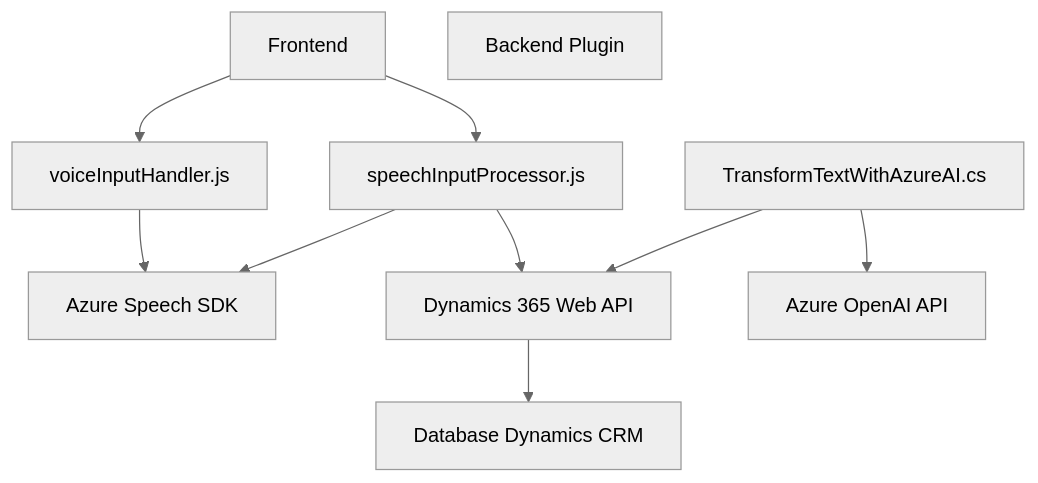
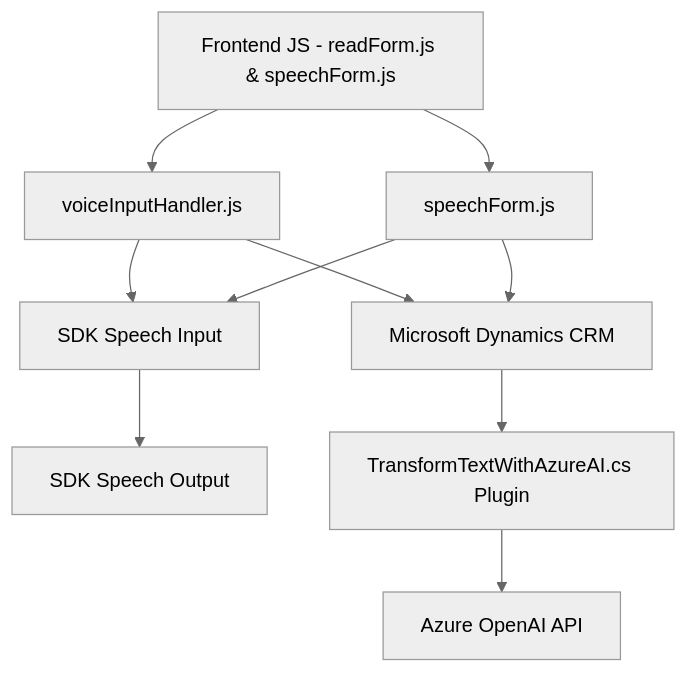
One commit to blopezdm/NETCORE_BILBAO2025 changed the diagram in README.md. Above: the diagram before and after it, drawn with Mermaid (neutral theme). The commit also changed other lines of this file, not shown here.

````diff
--- a/README.md
+++ b/README.md
@@ -51,21 +46,18 @@
 ```mermaid
 graph TD
-    A["Frontend"]
+    A["Frontend JS - readForm.js & speechForm.js"]
     B["voiceInputHandler.js"]
-    C["speechInputProcessor.js"]
-    D["Azure Speech SDK"]
-    E["Backend Plugin"]
-    F["TransformTextWithAzureAI.cs"]
-    G["Dynamics 365 Web API"]
+    C["speechForm.js"]
+    D["SDK Speech Input"]
+    E["SDK Speech Output"]
+    F["Microsoft Dynamics CRM"]
+    G["TransformTextWithAzureAI.cs Plugin"]
     H["Azure OpenAI API"]
-    I["Database Dynamics CRM"]
 
-    A --> B
-    A --> C
-    B --> D
-    C --> D
-    C --> G
-    G --> I
-    F --> G
-    F --> H
+    A --> B --> D
+    A --> C --> D
+    D --> E
+    B --> F
+    C --> F --> G
+    G --> H
 ```
````
